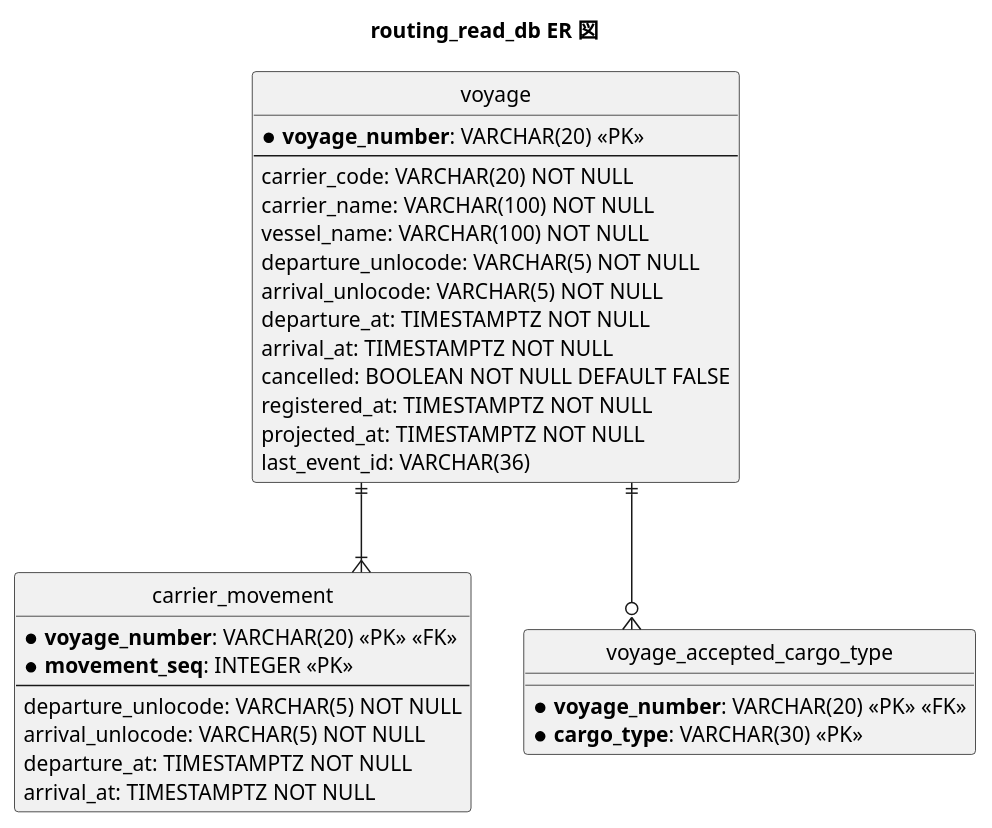
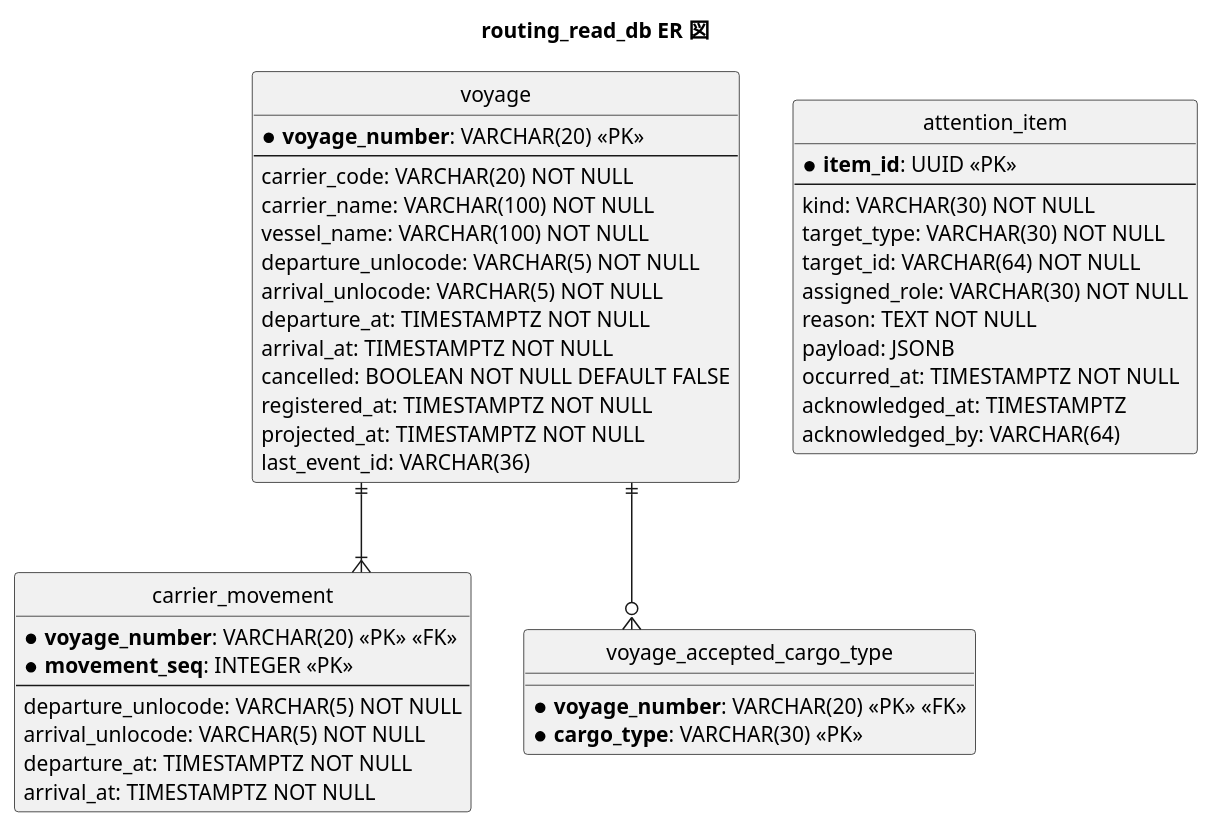
One commit to k2works/case-study-cargo-tracker changed the fifth of 10 diagrams in docs/design/cargo-tracker/data-model.md. Above: the diagram before and after it, drawn with PlantUML. The commit also changed other lines of this file and 35 other files, not shown here.

````diff
--- a/docs/design/cargo-tracker/data-model.md
+++ b/docs/design/cargo-tracker/data-model.md
@@ -388,42 +388,57 @@
 ```plantuml
 @startuml
 title routing_read_db ER 図
 
 hide circle
 skinparam linetype ortho
 
 entity "voyage" as v {
   * **voyage_number**: VARCHAR(20) <<PK>>
   --
   carrier_code: VARCHAR(20) NOT NULL
   carrier_name: VARCHAR(100) NOT NULL
   vessel_name: VARCHAR(100) NOT NULL
   departure_unlocode: VARCHAR(5) NOT NULL
   arrival_unlocode: VARCHAR(5) NOT NULL
   departure_at: TIMESTAMPTZ NOT NULL
   arrival_at: TIMESTAMPTZ NOT NULL
   cancelled: BOOLEAN NOT NULL DEFAULT FALSE
   registered_at: TIMESTAMPTZ NOT NULL
   projected_at: TIMESTAMPTZ NOT NULL
   last_event_id: VARCHAR(36)
 }
 
 entity "carrier_movement" as cm {
   * **voyage_number**: VARCHAR(20) <<PK>> <<FK>>
   * **movement_seq**: INTEGER <<PK>>
   --
   departure_unlocode: VARCHAR(5) NOT NULL
   arrival_unlocode: VARCHAR(5) NOT NULL
   departure_at: TIMESTAMPTZ NOT NULL
   arrival_at: TIMESTAMPTZ NOT NULL
 }
 
 entity "voyage_accepted_cargo_type" as act {
   * **voyage_number**: VARCHAR(20) <<PK>> <<FK>>
   * **cargo_type**: VARCHAR(30) <<PK>>
 }
 
+' 追記専用の受け皿。投影ではないので voyage とは関連を張らない
+entity "attention_item" as ai {
+  * **item_id**: UUID <<PK>>
+  --
+  kind: VARCHAR(30) NOT NULL
+  target_type: VARCHAR(30) NOT NULL
+  target_id: VARCHAR(64) NOT NULL
+  assigned_role: VARCHAR(30) NOT NULL
+  reason: TEXT NOT NULL
+  payload: JSONB
+  occurred_at: TIMESTAMPTZ NOT NULL
+  acknowledged_at: TIMESTAMPTZ
+  acknowledged_by: VARCHAR(64)
+}
+
 v ||--|{ cm
 v ||--o{ act
 @enduml
 ```
````
